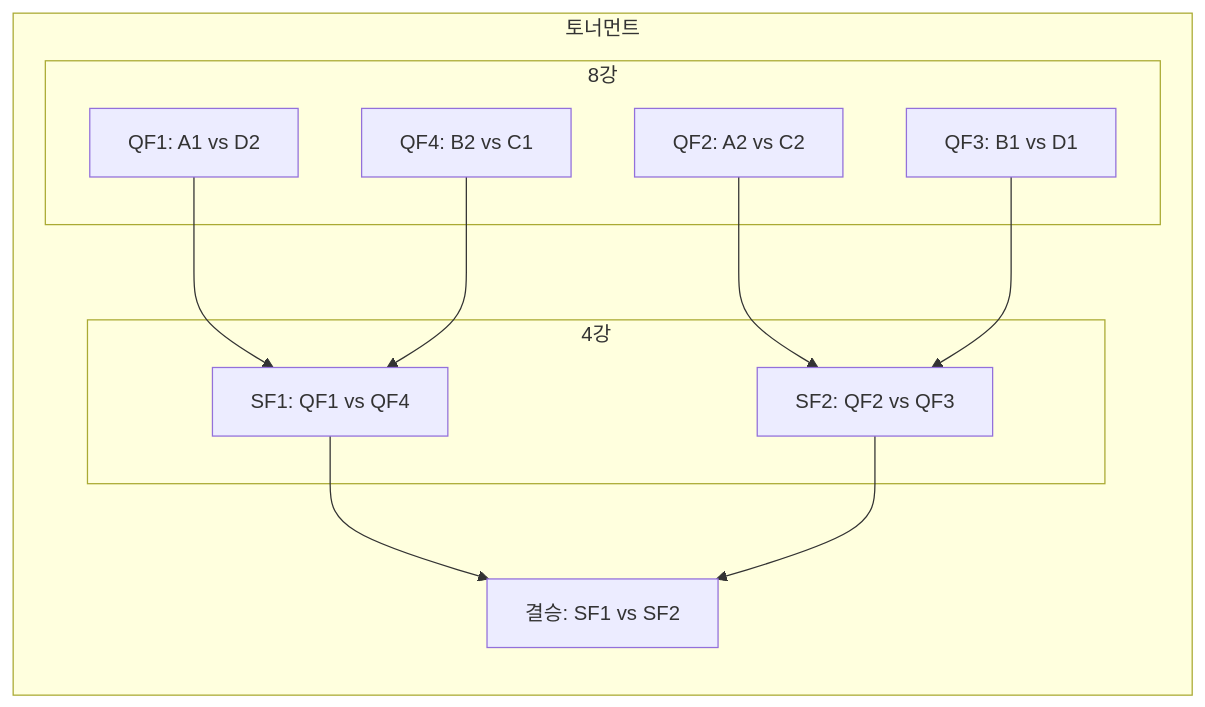
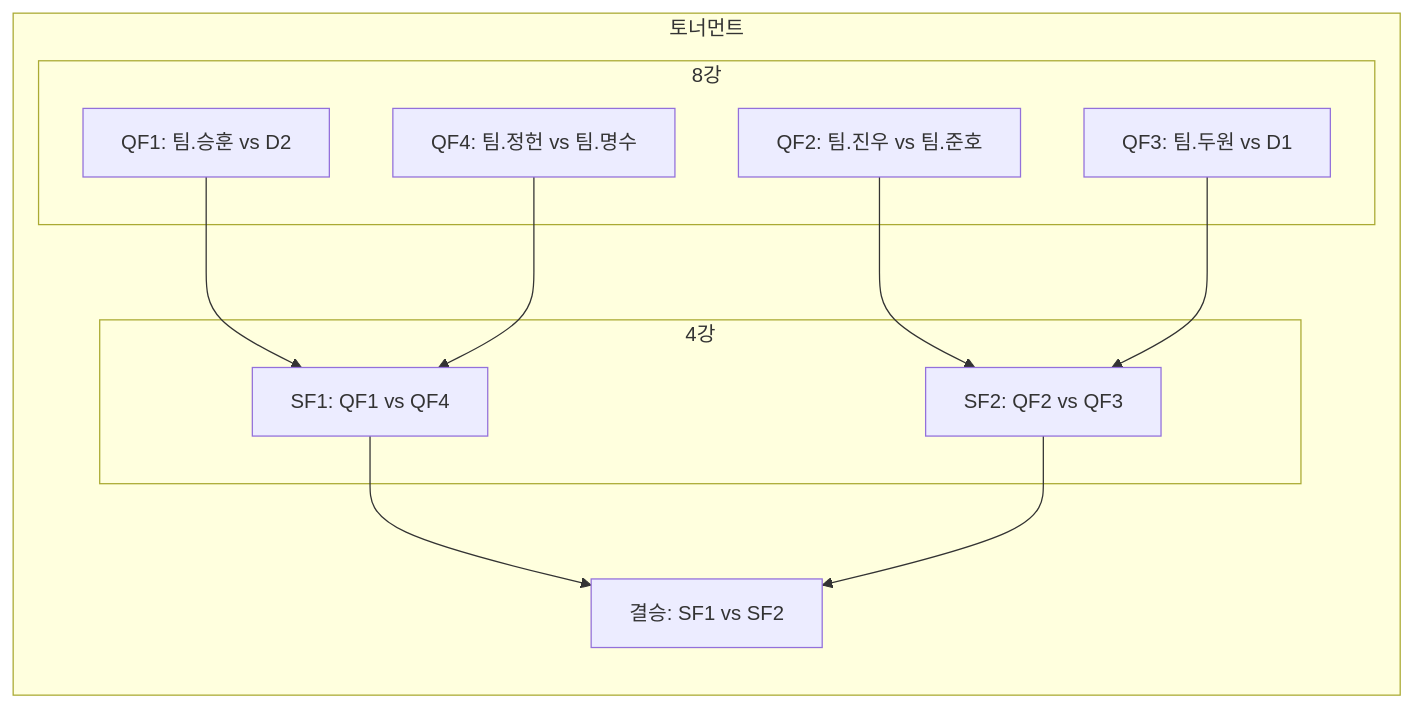
The third of 3 diagrams in 브롤대회.md (winteruss/3-8-Brawlstars-Tournament), drawn with Mermaid before and after one commit. The commit also changed other lines of this file, not shown here.

````diff
--- a/브롤대회.md
+++ b/브롤대회.md
@@ -100,25 +100,25 @@
 ```mermaid
 flowchart TB
 %% 토너먼트
   subgraph KO["토너먼트"]
     direction TB
     subgraph QF["8강"]
-      QF1["QF1: A1 vs D2"]
-      QF2["QF2: A2 vs C2"]
-      QF3["QF3: B1 vs D1"]
-      QF4["QF4: B2 vs C1"]
+      QF1["QF1: 팀.승훈 vs D2"]
+      QF2["QF2: 팀.진우 vs 팀.준호"]
+      QF3["QF3: 팀.두원 vs D1"]
+      QF4["QF4: 팀.정헌 vs 팀.명수"]
     end
     subgraph SF["4강"]
       SF1["SF1: QF1 vs QF4"]
       SF2["SF2: QF2 vs QF3"]
     end
     Final["결승: SF1 vs SF2"]
   end
   %% 화살표 연결
   QF1 --> SF1
   QF4 --> SF1
   QF2 --> SF2
   QF3 --> SF2
   SF1 --> Final
   SF2 --> Final
 ```
````
